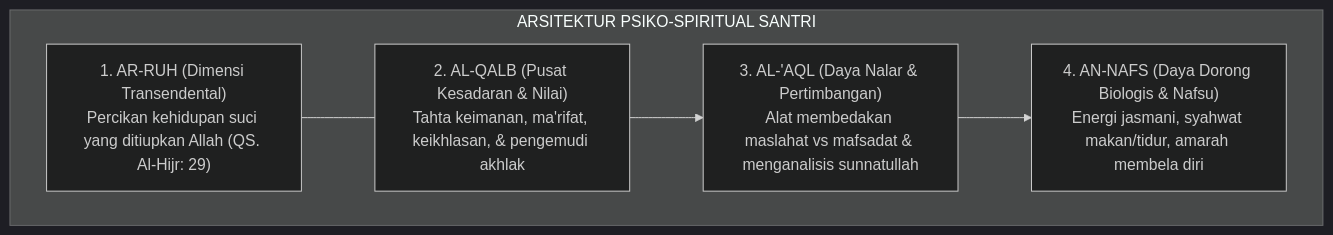
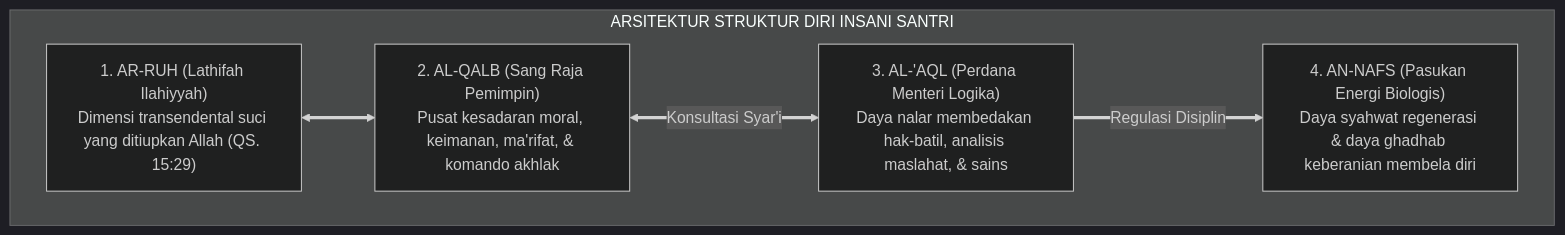
The first of 9 diagrams in 01 Philosophy/02 Human Nature/P1-02-02-Struktur-Diri-Insani.md (wandiapriliyandi/tumbuh), drawn with Mermaid (dark theme) before and after one commit. The commit also changed other lines of this file and 6 other files, not shown here.

````diff
--- a/01 Philosophy/02 Human Nature/P1-02-02-Struktur-Diri-Insani.md
+++ b/01 Philosophy/02 Human Nature/P1-02-02-Struktur-Diri-Insani.md
@@ -27,13 +60,16 @@
 ```mermaid
-graph TD
-    subgraph StrukturInsan["ARSITEKTUR PSIKO-SPIRITUAL SANTRI"]
-        Ruh["1. AR-RUH (Dimensi Transendental)<br/>Percikan kehidupan suci yang ditiupkan Allah (QS. Al-Hijr: 29)"]
-        Qalb["2. AL-QALB (Pusat Kesadaran & Nilai)<br/>Tahta keimanan, ma'rifat, keikhlasan, & pengemudi akhlak"]
-        Aql["3. AL-'AQL (Daya Nalar & Pertimbangan)<br/>Alat membedakan maslahat vs mafsadat & menganalisis sunnatullah"]
-        Nafs["4. AN-NAFS (Daya Dorong Biologis & Nafsu)<br/>Energi jasmani, syahwat makan/tidur, amarah membela diri"]
+flowchart TD
+    subgraph ArsitekturPsikoSpiritualTUMBUH["ARSITEKTUR STRUKTUR DIRI INSANI SANTRI"]
+        Ruh["1. AR-RUH (Lathifah Ilahiyyah)<br/>Dimensi transendental suci yang ditiupkan Allah (QS. 15:29)"]
         
-        Ruh --- Qalb
-        Qalb --> Aql
-        Aql --> Nafs
+        Qalb["2. AL-QALB (Sang Raja Pemimpin)<br/>Pusat kesadaran moral, keimanan, ma'rifat, & komando akhlak"]
+        
+        Aql["3. AL-'AQL (Perdana Menteri Logika)<br/>Daya nalar membedakan hak-batil, analisis maslahat, & sains"]
+        
+        Nafs["4. AN-NAFS (Pasukan Energi Biologis)<br/>Daya syahwat regenerasi & daya ghadhab keberanian membela diri"]
+        
+        Ruh <==> Qalb
+        Qalb <==>|Konsultasi Syar'i| Aql
+        Aql ==>|Regulasi Disiplin| Nafs
     end
 ```
````
